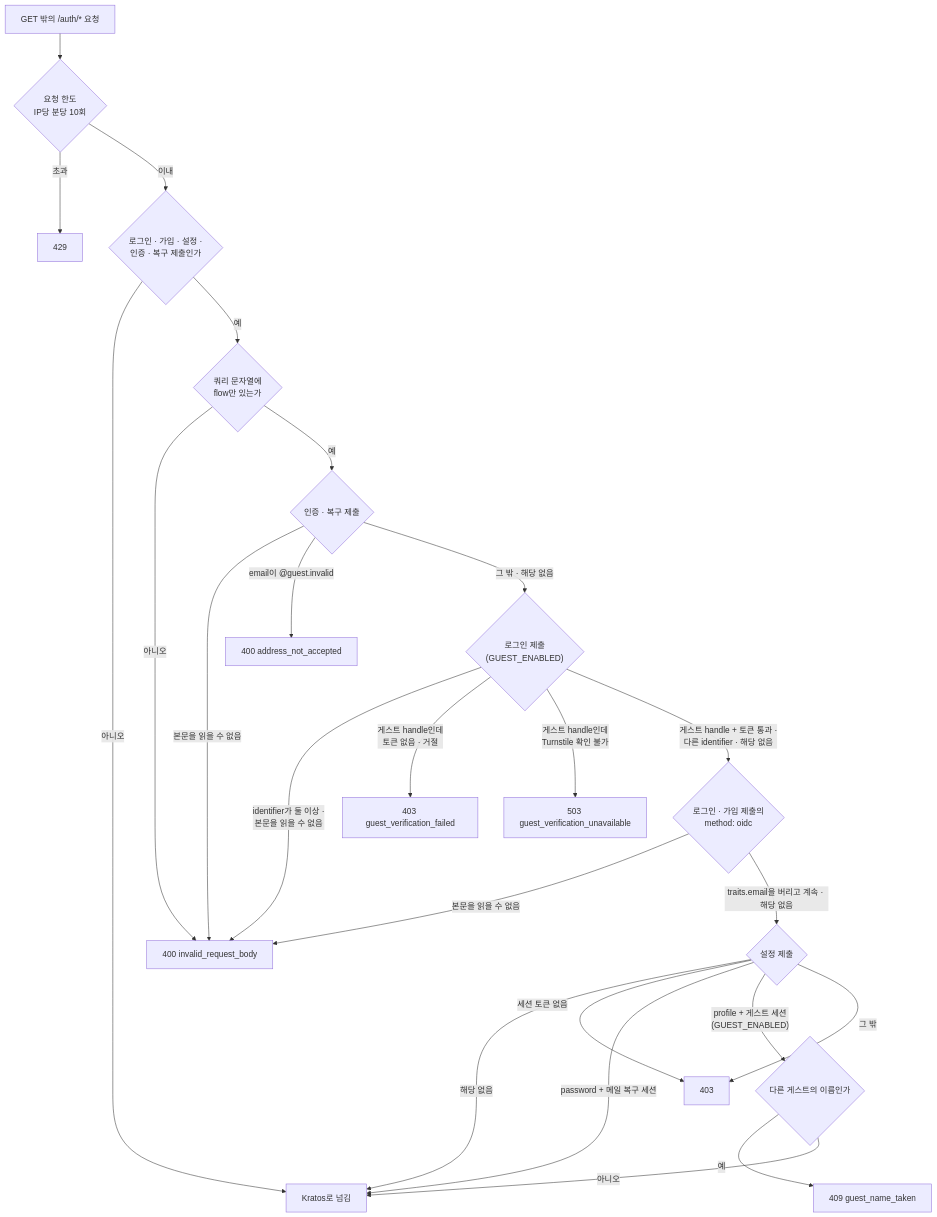
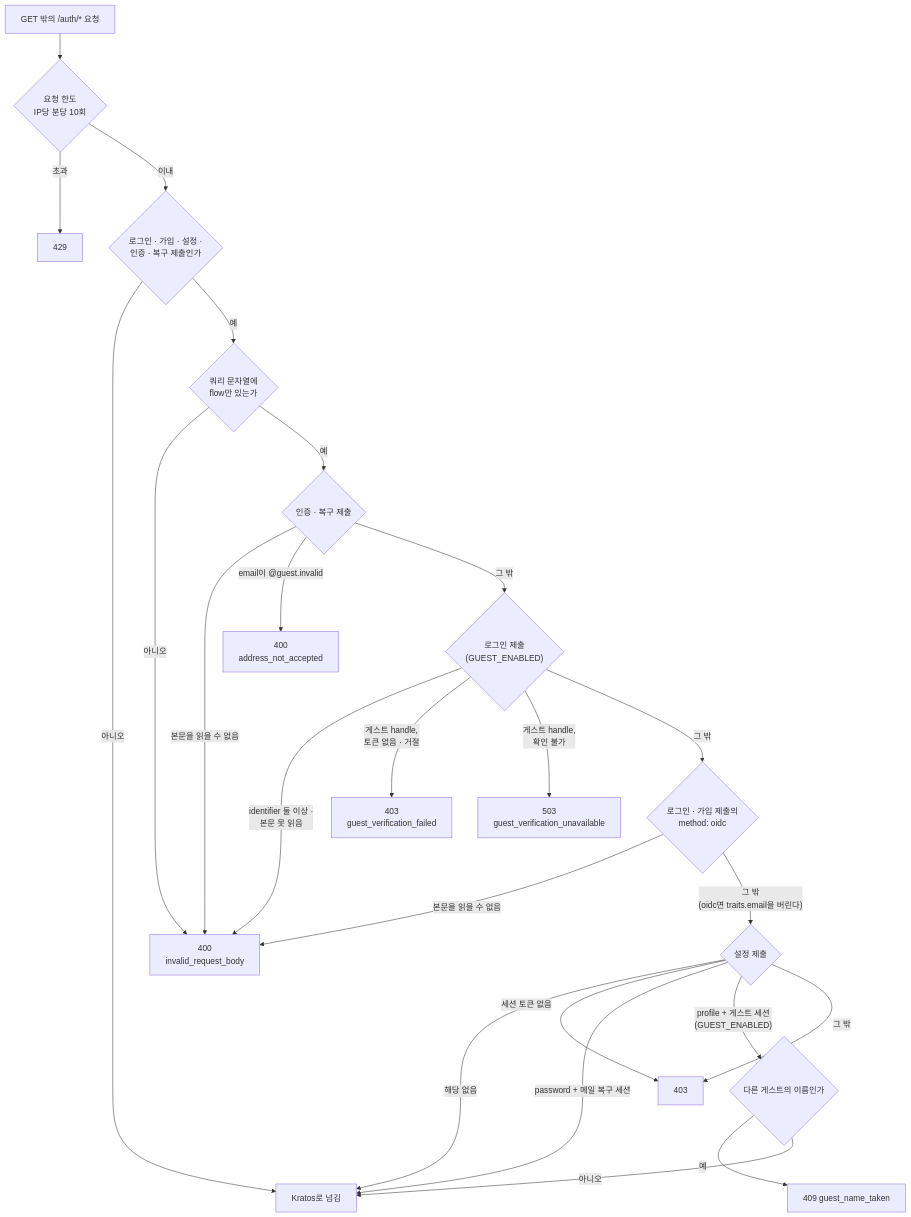
The tenth of 10 diagrams in docs/guides/guest.ko.md (onprem-hipster-timer/backend), drawn with Mermaid before and after one commit. The commit also changed other lines of this file, not shown here.

Commit message:
docs(guest): /auth 프록시 판정 그림의 글자를 줄인다

````diff
--- a/docs/guides/guest.ko.md
+++ b/docs/guides/guest.ko.md
@@ -563,26 +563,26 @@
 ```mermaid
 flowchart TD
     A["GET 밖의 /auth/* 요청"] --> RL{"요청 한도<br/>IP당 분당 10회"}
     RL -->|"초과"| R429["429"]
     RL -->|"이내"| Q{"로그인 · 가입 · 설정 ·<br/>인증 · 복구 제출인가"}
     Q -->|"아니오"| FWD["Kratos로 넘김"]
     Q -->|"예"| QS{"쿼리 문자열에<br/>flow만 있는가"}
-    QS -->|"아니오"| R400a["400 invalid_request_body"]
+    QS -->|"아니오"| R400a["400<br/>invalid_request_body"]
     QS -->|"예"| AD{"인증 · 복구 제출"}
     AD -->|"본문을 읽을 수 없음"| R400a
-    AD -->|"email이 @guest.invalid"| R400b["400 address_not_accepted"]
-    AD -->|"그 밖 · 해당 없음"| GL{"로그인 제출<br/>(GUEST_ENABLED)"}
-    GL -->|"identifier가 둘 이상 ·<br/>본문을 읽을 수 없음"| R400a
-    GL -->|"게스트 handle인데<br/>토큰 없음 · 거절"| R403g["403 guest_verification_failed"]
-    GL -->|"게스트 handle인데<br/>Turnstile 확인 불가"| R503["503 guest_verification_unavailable"]
-    GL -->|"게스트 handle + 토큰 통과 ·<br/>다른 identifier · 해당 없음"| OI{"로그인 · 가입 제출의<br/>method: oidc"}
+    AD -->|"email이 @guest.invalid"| R400b["400<br/>address_not_accepted"]
+    AD -->|"그 밖"| GL{"로그인 제출<br/>(GUEST_ENABLED)"}
+    GL -->|"identifier 둘 이상 ·<br/>본문 못 읽음"| R400a
+    GL -->|"게스트 handle,<br/>토큰 없음 · 거절"| R403g["403<br/>guest_verification_failed"]
+    GL -->|"게스트 handle,<br/>확인 불가"| R503["503<br/>guest_verification_unavailable"]
+    GL -->|"그 밖"| OI{"로그인 · 가입 제출의<br/>method: oidc"}
     OI -->|"본문을 읽을 수 없음"| R400a
-    OI -->|"traits.email을 버리고 계속 · 해당 없음"| ST{"설정 제출"}
+    OI -->|"그 밖<br/>(oidc면 traits.email을 버린다)"| ST{"설정 제출"}
     ST -->|"해당 없음"| FWD
     ST -->|"세션 토큰 없음"| R403["403"]
     ST -->|"password + 메일 복구 세션"| FWD
     ST -->|"profile + 게스트 세션<br/>(GUEST_ENABLED)"| NM{"다른 게스트의 이름인가"}
     ST -->|"그 밖"| R403
     NM -->|"예"| R409["409 guest_name_taken"]
     NM -->|"아니오"| FWD
 ```
````
